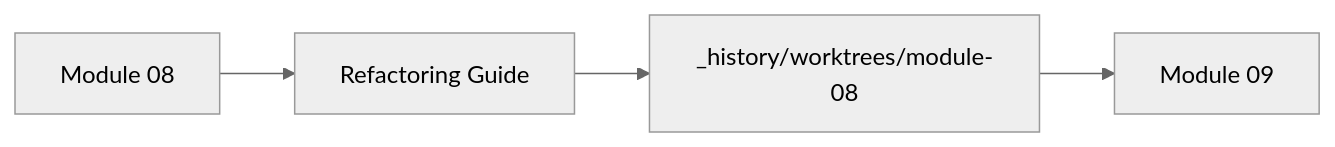
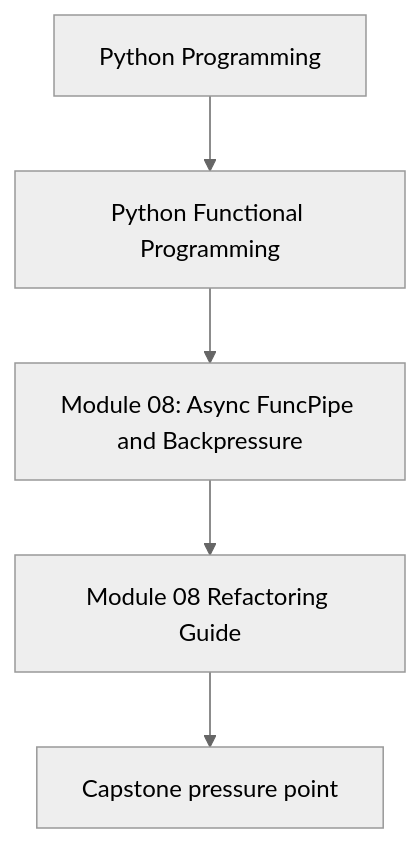
One commit to bijux/bijux-masterclass changed the first of 2 diagrams in programs/python-programming/python-functional-programming/course-book/module-08-async-funcpipe-and-backpressure/refactoring-guide.md. Above: the diagram before and after it, drawn with Mermaid (neutral theme). The commit also changed other lines of this file and 118 other files, not shown here.

Commit message:
docs(python-functional-programming): align concept page diagrams

````diff
--- a/programs/python-programming/python-functional-programming/course-book/module-08-async-funcpipe-and-backpressure/refactoring-guide.md
+++ b/programs/python-programming/python-functional-programming/course-book/module-08-async-funcpipe-and-backpressure/refactoring-guide.md
@@ -7,6 +7,7 @@
 ```mermaid
-graph LR
-  module["Module 08"] --> guide["Refactoring Guide"]
-  guide --> worktree["_history/worktrees/module-08"]
-  worktree --> next["Module 09"]
+flowchart TD
+  family["Python Programming"] --> program["Python Functional Programming"]
+  program --> module["Module 08: Async FuncPipe and Backpressure"]
+  module --> concept["Module 08 Refactoring Guide"]
+  concept --> capstone["Capstone pressure point"]
 ```
````
